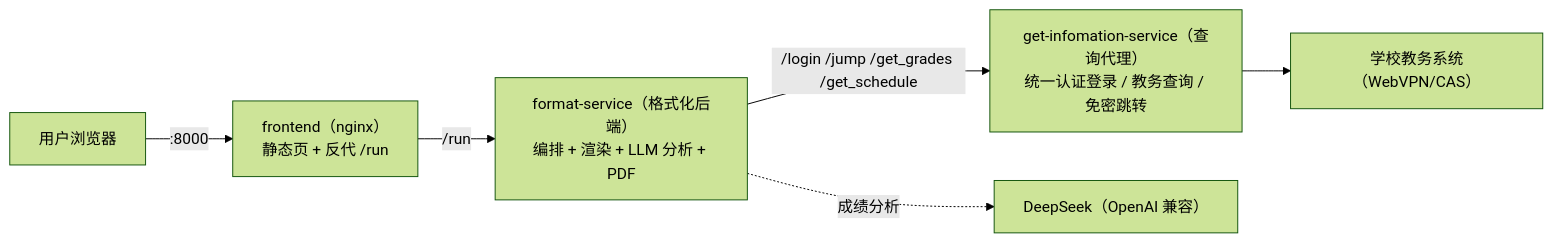
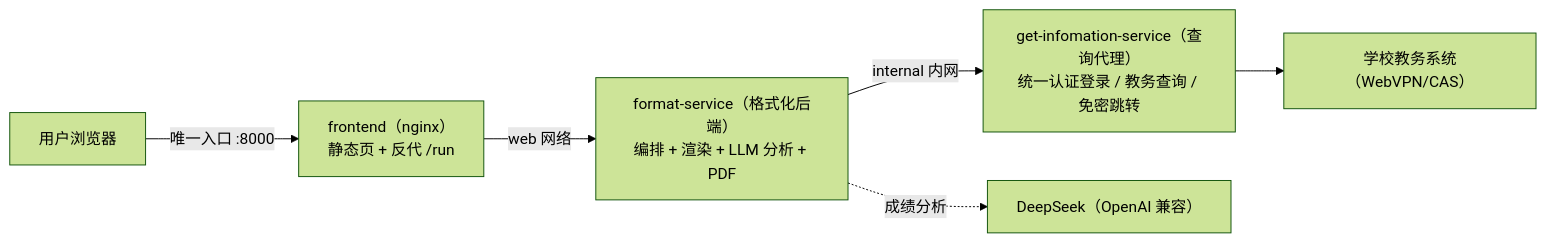
Before and after one commit to Lzf07123/Stpt-Query: the diagram in README.md, drawn with Mermaid (forest theme). The commit also changed other lines of this file and 1 other file, not shown here.

Commit message:
feat: nginx 唯一对外入口，查询代理仅置于 internal 内网供格式化后端调用

````diff
--- a/README.md
+++ b/README.md
@@ -8,8 +8,8 @@
 ```mermaid
 flowchart LR
-    U[用户浏览器] -->|:8000| F["frontend（nginx）<br/>静态页 + 反代 /run"]
-    F -->|/run| S["format-service（格式化后端）<br/>编排 + 渲染 + LLM 分析 + PDF"]
-    S -->|/login /jump /get_grades /get_schedule| G["get-infomation-service（查询代理）<br/>统一认证登录 / 教务查询 / 免密跳转"]
+    U[用户浏览器] -->|唯一入口 :8000| F["frontend（nginx）<br/>静态页 + 反代 /run"]
+    F -->|web 网络| S["format-service（格式化后端）<br/>编排 + 渲染 + LLM 分析 + PDF"]
+    S -->|internal 内网| G["get-infomation-service（查询代理）<br/>统一认证登录 / 教务查询 / 免密跳转"]
     S -.成绩分析.-> L["DeepSeek（OpenAI 兼容）"]
     G --> U2["学校教务系统（WebVPN/CAS）"]
 ```
````
